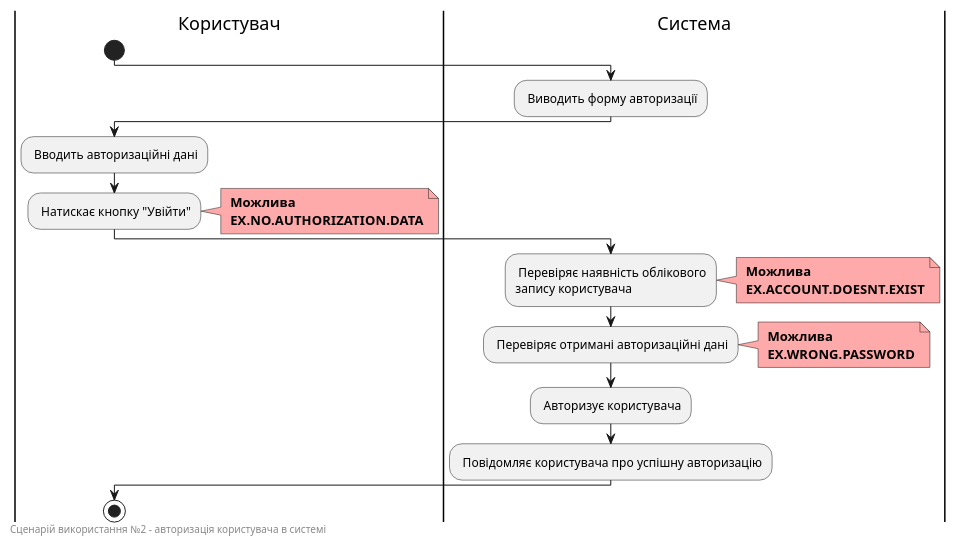
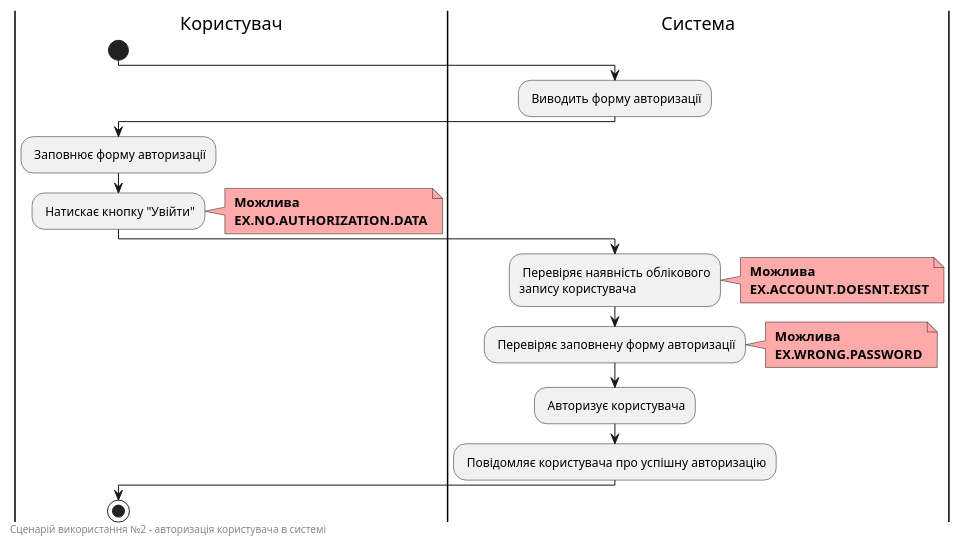
Before and after one commit to edu-db/edu_db_labs: the seventh of 15 diagrams in docs/use cases/README.md, drawn with PlantUML. The commit also changed other lines of this file and 1 other file, not shown here.

```diff
--- a/docs/use cases/README.md
+++ b/docs/use cases/README.md
@@ -281,41 +281,41 @@
 @startuml
 
     |Користувач|
         start
 
     |Система|
         : Виводить форму авторизації;
 
     |Користувач|
-        : Вводить авторизаційні дані;
+        : Заповнює форму авторизації;
         : Натискає кнопку "Увійти";
         note right #ffaaaa
         <b> Можлива
         <b> EX.NO.AUTHORIZATION.DATA
         end note
         
     |Система|
         : Перевіряє наявність облікового 
         запису користувача;
         note right #ffaaaa
         <b> Можлива
         <b> EX.ACCOUNT.DOESNT.EXIST
         end note
         
-        : Перевіряє отримані авторизаційні дані;
+        : Перевіряє заповнену форму авторизації;
         note right #ffaaaa
         <b> Можлива
         <b> EX.WRONG.PASSWORD
         end note
         
         : Авторизує користувача;
         : Повідомляє користувача про успішну авторизацію;
 
     |Користувач|
         stop;
 
     left footer
         Сценарій використання №2 - авторизація користувача в системі
     end footer
 
 @enduml
```
